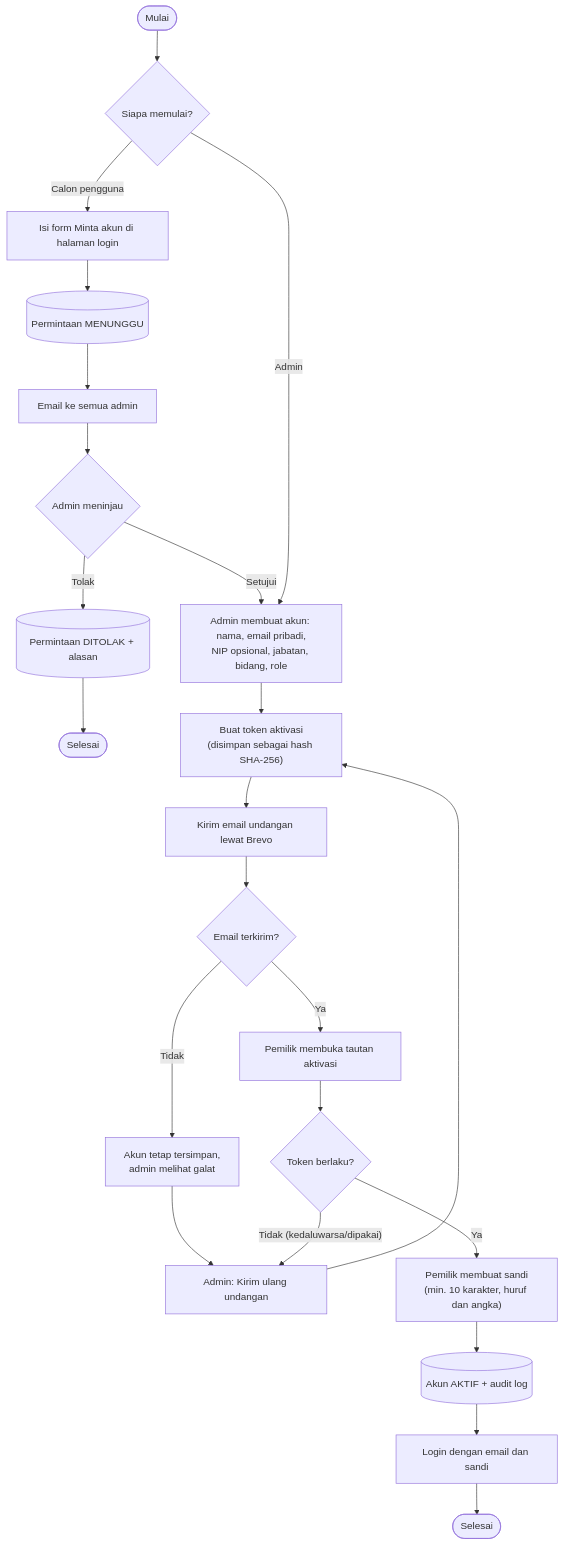
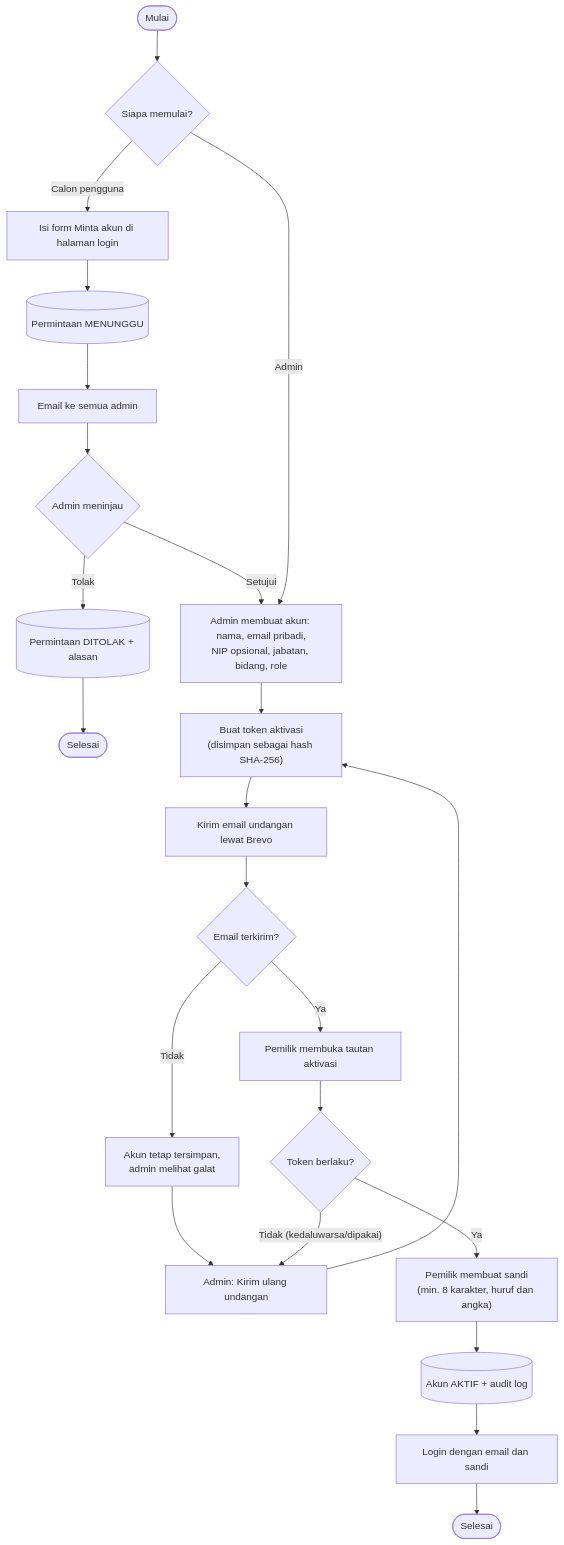
The second of 2 diagrams in docs/uml/02-activity.md (AhmadsTechDev/kegiatan-kominfo), drawn with Mermaid before and after one commit. The commit also changed 22 other files, not shown here.

````diff
--- a/docs/uml/02-activity.md
+++ b/docs/uml/02-activity.md
@@ -40,21 +40,21 @@
 ```mermaid
 flowchart TD
     mulai([Mulai]) --> jalur{Siapa memulai?}
     jalur -- Calon pengguna --> minta[Isi form Minta akun di halaman login]
     minta --> tersimpan[(Permintaan MENUNGGU)]
     tersimpan --> notif[Email ke semua admin]
     notif --> tinjau{Admin meninjau}
     tinjau -- Tolak --> tolak[(Permintaan DITOLAK + alasan)] --> akhirTolak([Selesai])
     tinjau -- Setujui --> buat
     jalur -- Admin --> buat["Admin membuat akun: nama, email pribadi,<br/>NIP opsional, jabatan, bidang, role"]
     buat --> token["Buat token aktivasi<br/>(disimpan sebagai hash SHA-256)"]
     token --> kirim[Kirim email undangan lewat Brevo]
     kirim --> terkirim{Email terkirim?}
     terkirim -- Tidak --> galat[Akun tetap tersimpan,<br/>admin melihat galat] --> ulang[Admin: Kirim ulang undangan] --> token
     terkirim -- Ya --> klik[Pemilik membuka tautan aktivasi]
     klik --> berlaku{Token berlaku?}
     berlaku -- "Tidak (kedaluwarsa/dipakai)" --> ulang
-    berlaku -- Ya --> sandi["Pemilik membuat sandi<br/>(min. 10 karakter, huruf dan angka)"]
+    berlaku -- Ya --> sandi["Pemilik membuat sandi<br/>(min. 8 karakter, huruf dan angka)"]
     sandi --> aktif[(Akun AKTIF + audit log)]
     aktif --> login[Login dengan email dan sandi] --> akhir([Selesai])
 ```
````
